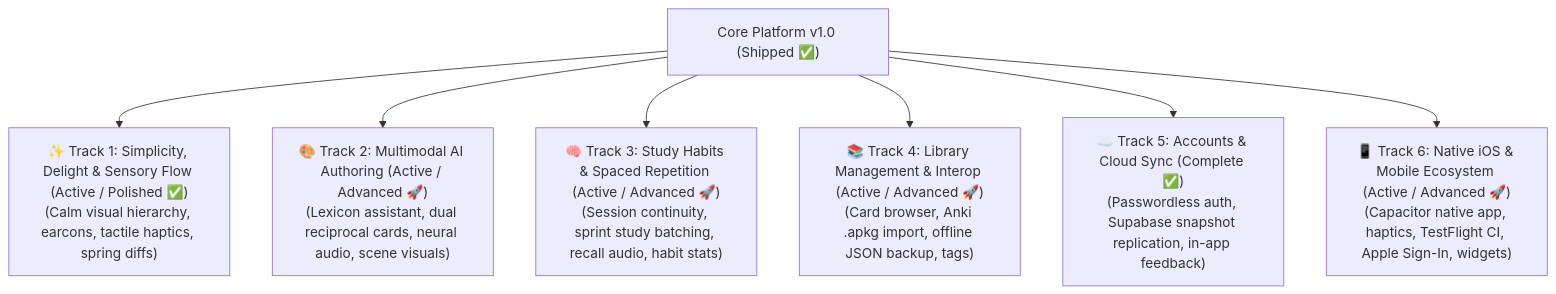
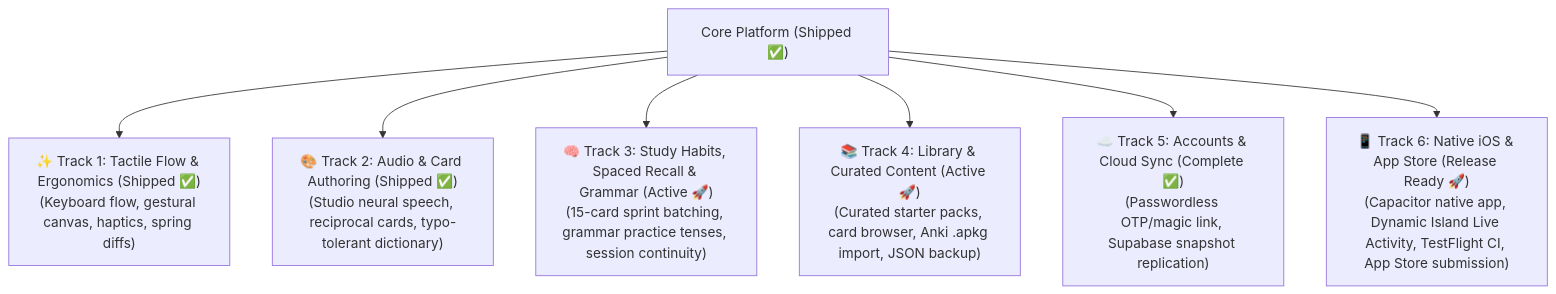
The diagram in docs/ROADMAP.md (smolkaj/jolito), drawn with Mermaid before and after one commit. The commit also changed other lines of this file and 2 other files, not shown here.

Commit message:
docs: refresh README, ROADMAP, and product vision to match shipped capabilities and authentic indie voice

````diff
--- a/docs/ROADMAP.md
+++ b/docs/ROADMAP.md
@@ -7,11 +7,11 @@
 ```mermaid
 flowchart TD
-    Foundation["Core Platform v1.0 (Shipped ✅)"]
+    Foundation["Core Platform (Shipped ✅)"]
 
-    Foundation --> Track1["✨ Track 1: Simplicity, Delight & Sensory Flow (Active / Polished ✅)<br/>(Calm visual hierarchy, earcons, tactile haptics, spring diffs)"]
-    Foundation --> Track2["🎨 Track 2: Multimodal AI Authoring (Active / Advanced 🚀)<br/>(Lexicon assistant, dual reciprocal cards, neural audio, scene visuals)"]
-    Foundation --> Track3["🧠 Track 3: Study Habits & Spaced Repetition (Active / Advanced 🚀)<br/>(Session continuity, sprint study batching, recall audio, habit stats)"]
-    Foundation --> Track4["📚 Track 4: Library Management & Interop (Active / Advanced 🚀)<br/>(Card browser, Anki .apkg import, offline JSON backup, tags)"]
-    Foundation --> Track5["☁️ Track 5: Accounts & Cloud Sync (Complete ✅)<br/>(Passwordless auth, Supabase snapshot replication, in-app feedback)"]
-    Foundation --> Track6["📱 Track 6: Native iOS & Mobile Ecosystem (Active / Advanced 🚀)<br/>(Capacitor native app, haptics, TestFlight CI, Apple Sign-In, widgets)"]
+    Foundation --> Track1["✨ Track 1: Tactile Flow & Ergonomics (Shipped ✅)<br/>(Keyboard flow, gestural canvas, haptics, spring diffs)"]
+    Foundation --> Track2["🎨 Track 2: Audio & Card Authoring (Shipped ✅)<br/>(Studio neural speech, reciprocal cards, typo-tolerant dictionary)"]
+    Foundation --> Track3["🧠 Track 3: Study Habits, Spaced Recall & Grammar (Active 🚀)<br/>(15-card sprint batching, grammar practice tenses, session continuity)"]
+    Foundation --> Track4["📚 Track 4: Library & Curated Content (Active 🚀)<br/>(Curated starter packs, card browser, Anki .apkg import, JSON backup)"]
+    Foundation --> Track5["☁️ Track 5: Accounts & Cloud Sync (Complete ✅)<br/>(Passwordless OTP/magic link, Supabase snapshot replication)"]
+    Foundation --> Track6["📱 Track 6: Native iOS & App Store (Release Ready 🚀)<br/>(Capacitor native app, Dynamic Island Live Activity, TestFlight CI, App Store submission)"]
 ```
````
